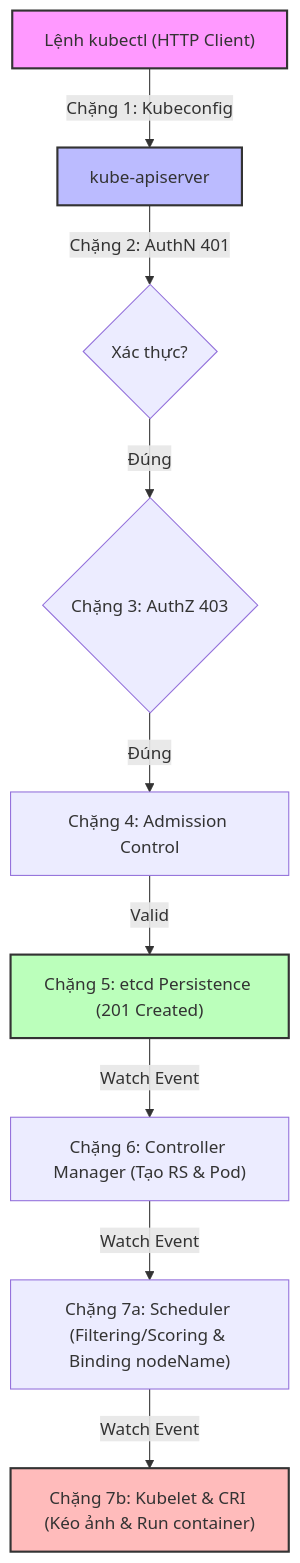
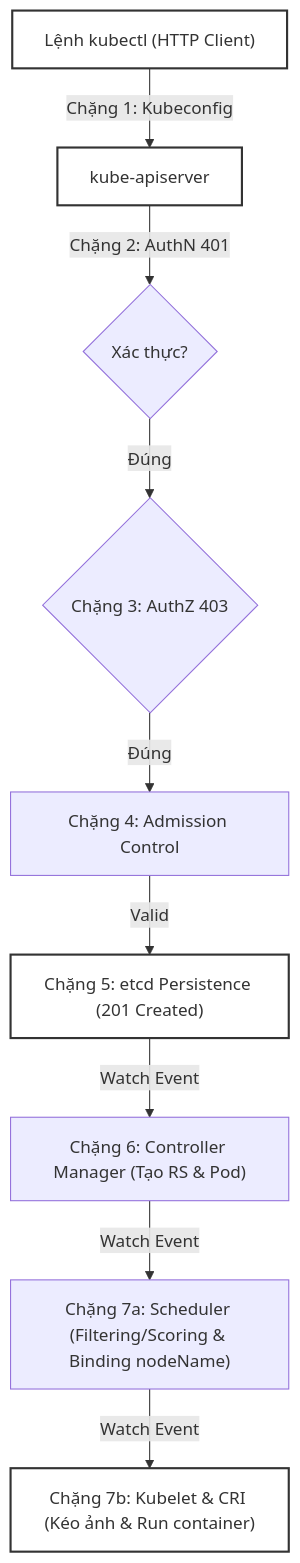
Before and after one commit to kiennt308/ntk: the second of 3 diagrams in _posts/2026-09-12-cka-02-02-kien-truc-cum-va-duong-di-cua-mot-lenh.md, drawn with Mermaid. The commit also changed other lines of this file and 207 other files, not shown here.

Commit message:
feat(posts): batch standardize all 208 posts with TL;DR, qa-card accordion, fill:none mermaid, and liquid raw wrappers

````diff
--- a/_posts/2026-09-12-cka-02-02-kien-truc-cum-va-duong-di-cua-mot-lenh.md
+++ b/_posts/2026-09-12-cka-02-02-kien-truc-cum-va-duong-di-cua-mot-lenh.md
@@ -467,16 +471,16 @@
 ```mermaid
 graph TD
     A["Lệnh kubectl (HTTP Client)"] -->|Chặng 1: Kubeconfig| B["kube-apiserver"]
     B -->|Chặng 2: AuthN 401| C{"Xác thực?"}
     C -->|Đúng| D{"Chặng 3: AuthZ 403"}
     D -->|Đúng| E["Chặng 4: Admission Control"]
     E -->|Valid| F["Chặng 5: etcd Persistence (201 Created)"]
     F -->|Watch Event| G["Chặng 6: Controller Manager (Tạo RS & Pod)"]
     G -->|Watch Event| H["Chặng 7a: Scheduler (Filtering/Scoring & Binding nodeName)"]
     H -->|Watch Event| I["Chặng 7b: Kubelet & CRI (Kéo ảnh & Run container)"]
     
-    style A fill:#f9f,stroke:#333,stroke-width:2px
-    style B fill:#bbf,stroke:#333,stroke-width:2px
-    style F fill:#bfb,stroke:#333,stroke-width:2px
-    style I fill:#fbb,stroke:#333,stroke-width:2px
+    style A fill:none,stroke:#333,stroke-width:2px
+    style B fill:none,stroke:#333,stroke-width:2px
+    style F fill:none,stroke:#333,stroke-width:2px
+    style I fill:none,stroke:#333,stroke-width:2px
 ```
````
